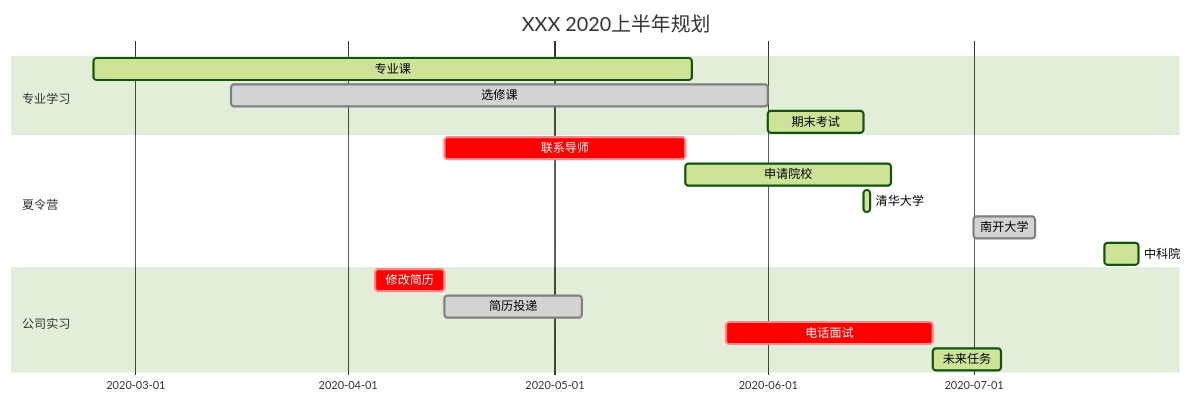
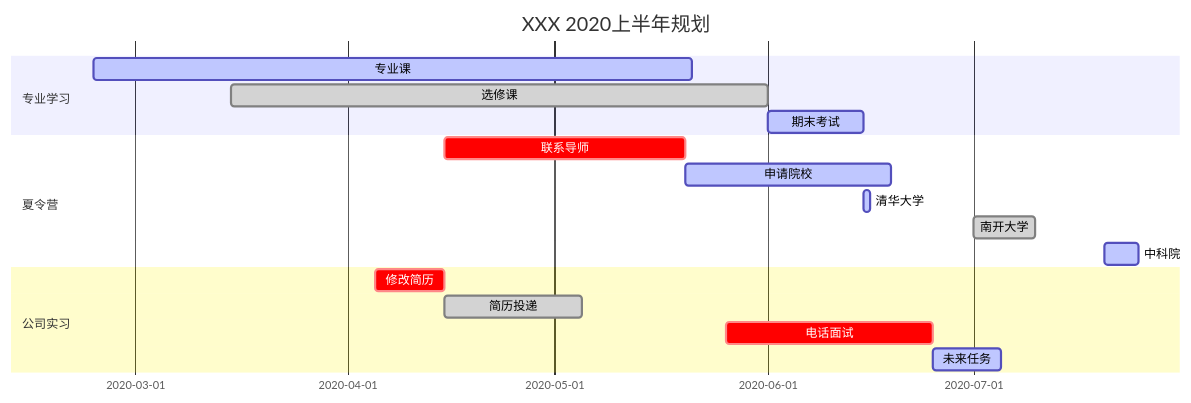
The second of 2 diagrams in README.md (aaron-ai/mermaidtest), drawn with Mermaid before and after one commit.

````diff
--- a/README.md
+++ b/README.md
@@ -12,24 +12,24 @@
 ```mermaid
-%%{init: {'theme': 'forest' } }%%
+%%{init: {'theme': 'default' } }%%
 gantt
 	dateFormat YYYY-MM-DD
 	title XXX 2020上半年规划
 	
 	section	专业学习
 		专业课	: active, name1, 2020-02-24, 2020-05-21
 		选修课 : done, name2, 2020-03-15, 2020-06-01
 		期末考试 : active, name3, after name2, 14d
 		
 	section 夏令营
 		联系导师 : crit, name11, 2020-04-15, 2020-05-20
 		申请院校 : active, name22, after name11, 30d
 		清华大学 : active, name33, after name3, 1d
 		南开大学 : done, name44, 2020-07-01, 2020-07-10
 		中科院 : active, name55, 2020-07-20, 5d
 		
 	section 公司实习
     	修改简历 : crit, name111, 2020-04-05, 10d
     	简历投递 : done, name222, after name111, 20d
     	电话面试 : crit, name333, 2020-05-26, 30d
     	未来任务 : active, after name333, 10d
 ```
````
